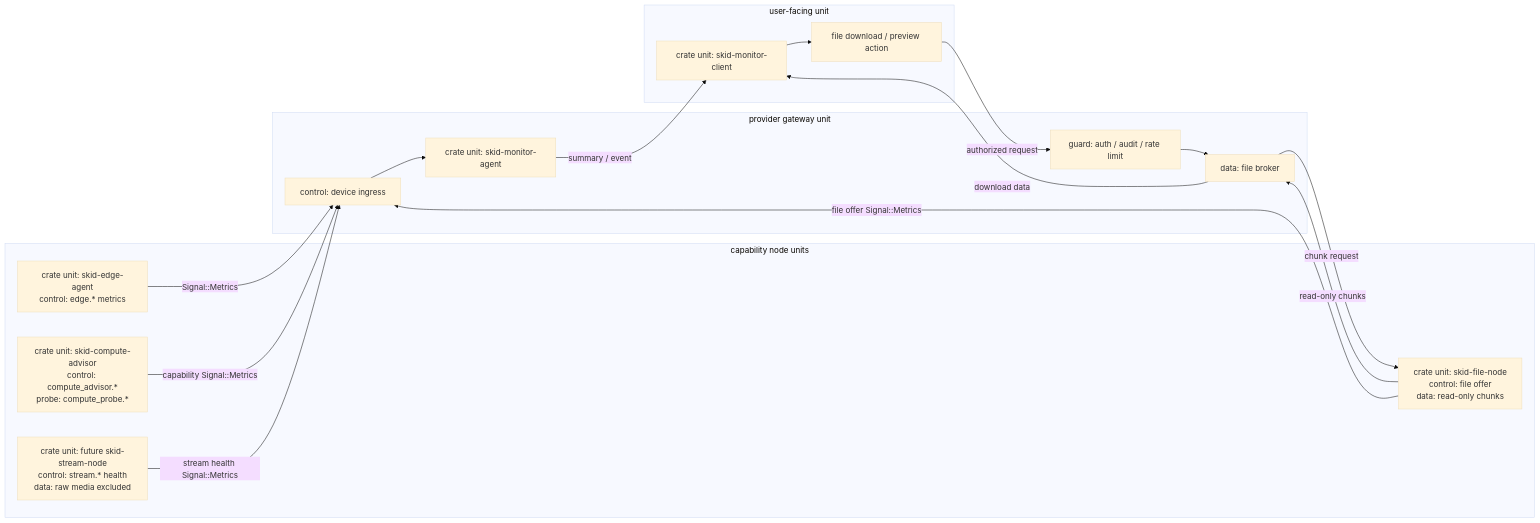
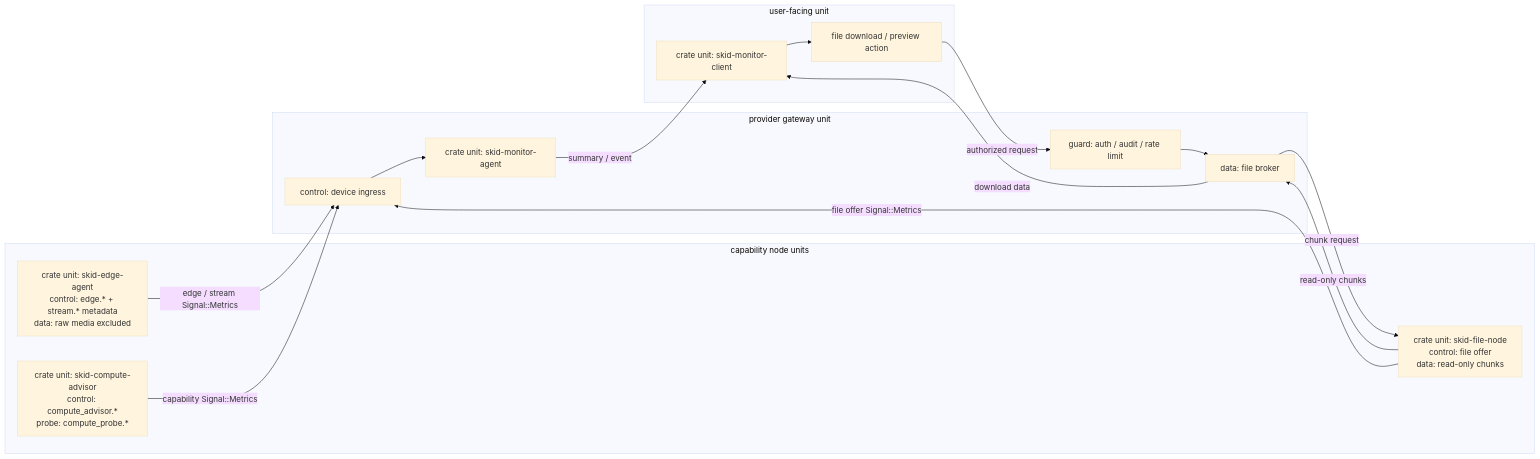
One commit to LuticaCANARD/skid-monitor changed the second of 2 diagrams in docs/rfcs/0001-initial-skid-monitor-integration.md. Above: the diagram before and after it, drawn with Mermaid (base theme). The commit also changed other lines of this file and 5 other files, not shown here.

````diff
--- a/docs/rfcs/0001-initial-skid-monitor-integration.md
+++ b/docs/rfcs/0001-initial-skid-monitor-integration.md
@@ -179,34 +169,32 @@
 ```mermaid
 flowchart LR
     subgraph Capabilities["capability node units"]
-        EdgeCap["crate unit: skid-edge-agent\ncontrol: edge.* metrics"]
+        EdgeCap["crate unit: skid-edge-agent\ncontrol: edge.* + stream.* metadata\ndata: raw media excluded"]
         FileCap["crate unit: skid-file-node\ncontrol: file offer\ndata: read-only chunks"]
         ComputeCap["crate unit: skid-compute-advisor\ncontrol: compute_advisor.*\nprobe: compute_probe.*"]
-        StreamCap["crate unit: future skid-stream-node\ncontrol: stream.* health\ndata: raw media excluded"]
     end
 
     subgraph Gateway["provider gateway unit"]
         AgentGateway["crate unit: skid-monitor-agent"]
         DeviceIngress["control: device ingress"]
         FileBroker["data: file broker"]
         GuardRail["guard: auth / audit / rate limit"]
     end
 
     subgraph UserFacing["user-facing unit"]
         ClientUnit["crate unit: skid-monitor-client"]
         UserAction["file download / preview action"]
     end
 
-    EdgeCap -->|Signal::Metrics| DeviceIngress
+    EdgeCap -->|edge / stream Signal::Metrics| DeviceIngress
     FileCap -->|file offer Signal::Metrics| DeviceIngress
     ComputeCap -->|capability Signal::Metrics| DeviceIngress
-    StreamCap -->|stream health Signal::Metrics| DeviceIngress
     DeviceIngress --> AgentGateway
     AgentGateway -->|summary / event| ClientUnit
     ClientUnit --> UserAction
     UserAction -->|authorized request| GuardRail
     GuardRail --> FileBroker
     FileBroker -->|chunk request| FileCap
     FileCap -->|read-only chunks| FileBroker
     FileBroker -->|download data| ClientUnit
 ```
````
